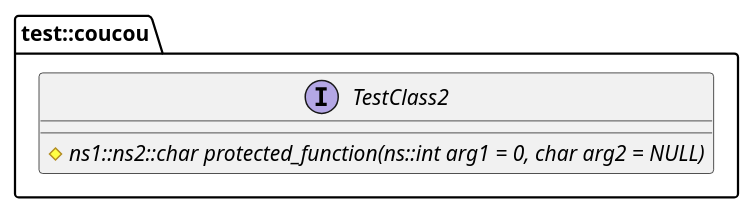
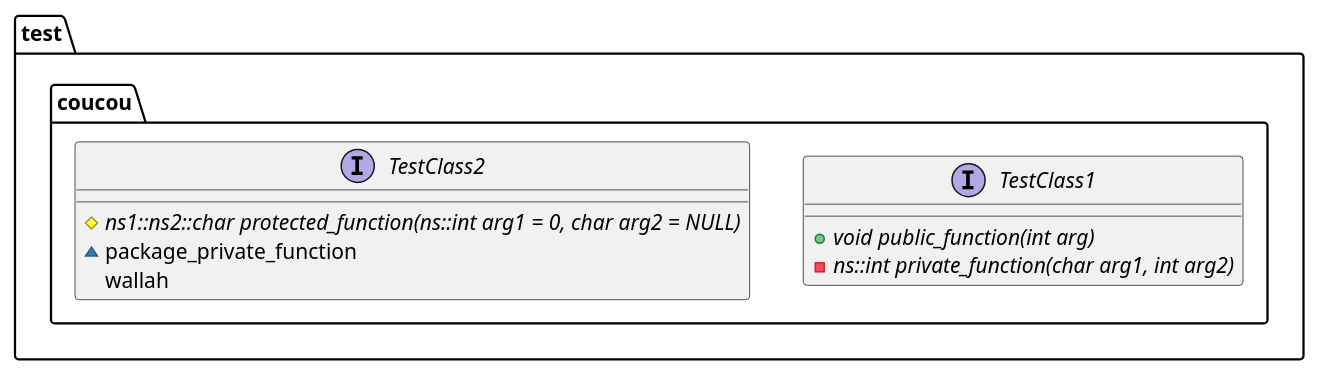
One commit to pngouembe/codegen changed the diagram in test.plantuml. Above: the diagram before and after it, drawn with PlantUML. The commit also changed 6 other files, not shown here.

Commit message:
Wip: plantuml support

```diff
--- a/test.plantuml
+++ b/test.plantuml
@@ -1,16 +1,18 @@
 @startuml
 
 ' set namespaceSeparator ::
 
-namespace test::coucou{
+namespace test.coucou{
 
-' Interface TestClass1{
-'     + {abstract} void public_function(int arg)
-'     - {abstract} ns::int private_function(char arg1, int arg2)
-' }
+Interface TestClass1{
+    + {abstract} void public_function(int arg)
+    - {abstract} ns::int private_function(char arg1, int arg2)
+}
 
 interface TestClass2{
     # {abstract} ns1::ns2::char protected_function(ns::int arg1 = 0, char arg2 = NULL)
+    ~ {method} package_private_function
+    {method} wallah
 }
 }
 @enduml
```
